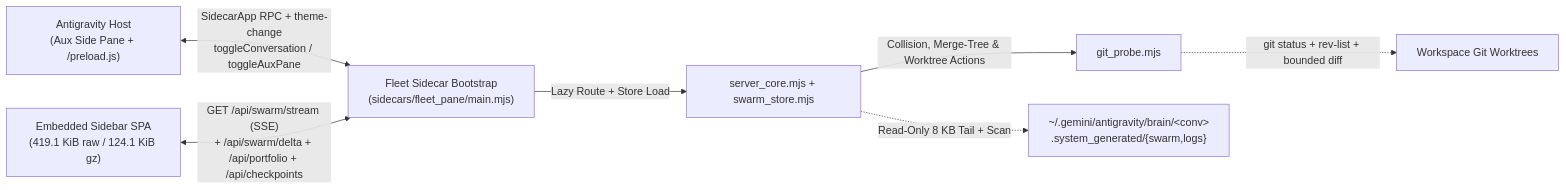
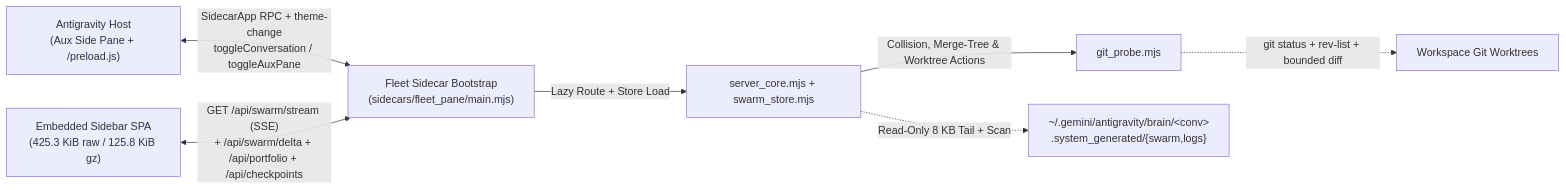
Before and after one commit to cayleb-james2008/dsh-fleet: the diagram in README.md, drawn with Mermaid. The commit also changed other lines of this file and 18 other files, not shown here.

````diff
--- a/README.md
+++ b/README.md
@@ -136,9 +145,9 @@
 ```mermaid
 flowchart LR
     Host["Antigravity Host<br/>(Aux Side Pane + /preload.js)"] <-->|"SidecarApp RPC + theme-change<br/>toggleConversation / toggleAuxPane"| Backend["Fleet Sidecar Bootstrap<br/>(sidecars/fleet_pane/main.mjs)"]
-    UI["Embedded Sidebar SPA<br/>(419.1 KiB raw / 124.1 KiB gz)"] <-->|"GET /api/swarm/stream (SSE)<br/>+ /api/swarm/delta + /api/portfolio + /api/checkpoints"| Backend
+    UI["Embedded Sidebar SPA<br/>(425.3 KiB raw / 125.8 KiB gz)"] <-->|"GET /api/swarm/stream (SSE)<br/>+ /api/swarm/delta + /api/portfolio + /api/checkpoints"| Backend
     Backend -->|"Lazy Route + Store Load"| Core["server_core.mjs + swarm_store.mjs"]
     Core -->|"Collision, Merge-Tree & Worktree Actions"| Git["git_probe.mjs"]
     Core -.->|"Read-Only 8 KB Tail + Scan"| Brain["~/.gemini/antigravity/brain/&lt;conv&gt;<br/>.system_generated/{swarm,logs}"]
     Git -.->|"git status + rev-list + bounded diff"| WT["Workspace Git Worktrees"]
 ```
````
